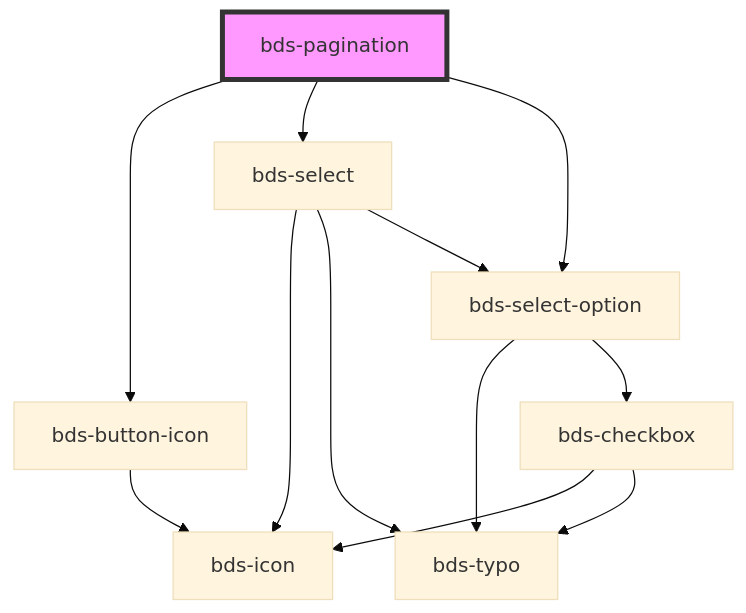
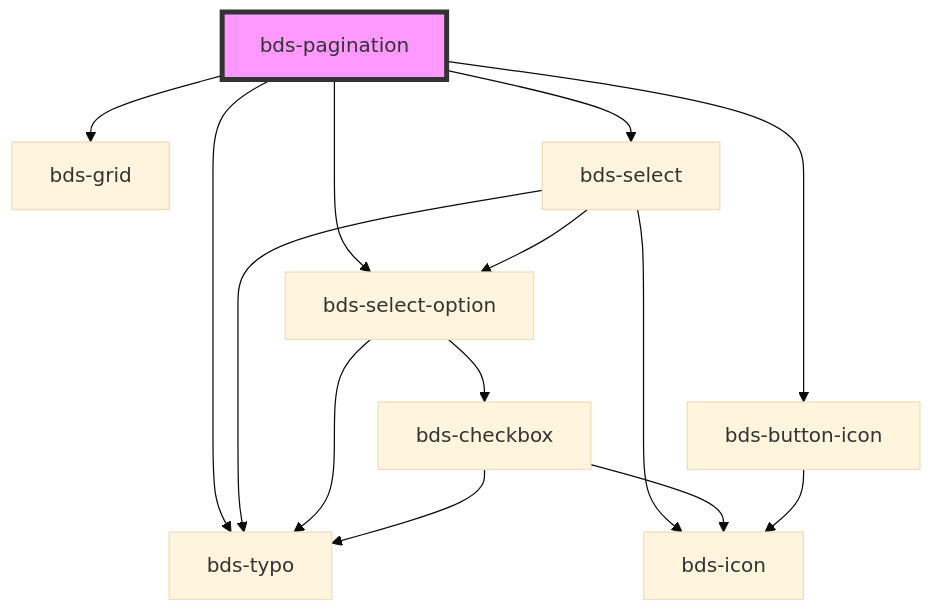
The diagram in src/components/pagination/readme.md (takenet/blip-ds), drawn with Mermaid (base theme) before and after one commit. The commit also changed other lines of this file and 6 other files, not shown here.

````diff
--- a/src/components/pagination/readme.md
+++ b/src/components/pagination/readme.md
@@ -38,15 +44,17 @@
 ```mermaid
 graph TD;
-  bds-pagination --> bds-button-icon
+  bds-pagination --> bds-grid
+  bds-pagination --> bds-typo
   bds-pagination --> bds-select
   bds-pagination --> bds-select-option
-  bds-button-icon --> bds-icon
+  bds-pagination --> bds-button-icon
   bds-select --> bds-icon
   bds-select --> bds-typo
   bds-select --> bds-select-option
   bds-select-option --> bds-typo
   bds-select-option --> bds-checkbox
   bds-checkbox --> bds-icon
   bds-checkbox --> bds-typo
+  bds-button-icon --> bds-icon
   style bds-pagination fill:#f9f,stroke:#333,stroke-width:4px
 ```
````
